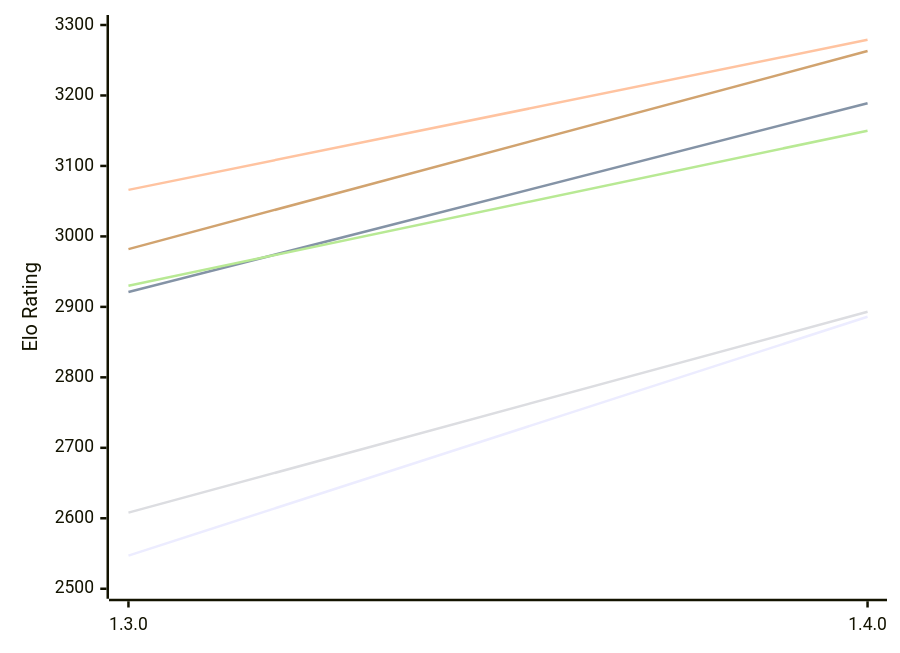
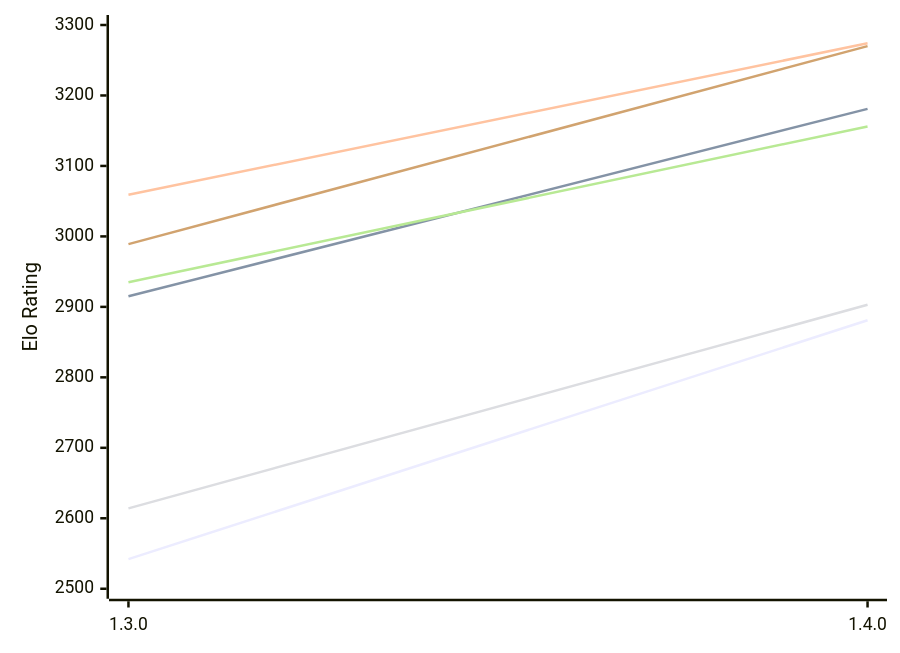
Before and after one commit to computer-chess-index/cci: the first of 2 diagrams in engines/Ember.md, drawn with Mermaid. The commit also changed other lines of this file, not shown here.

Commit message:
Update CCI Ratings (ELO VLTC) - 2026-11-18

````diff
--- a/engines/Ember.md
+++ b/engines/Ember.md
@@ -51,12 +51,12 @@
 ```mermaid
 %%{init: {"theme":"base","themeVariables":{"seriesColors:['#a3a3a3','#222221','#faa371']}}}%%
 xychart-beta
   x-axis ["1.3.0", "1.4.0"]
   y-axis "Elo Rating" 2500 --> 3300
-  line "E1: STC (8.0+0.08s)" [2547, 2886]
-  line "E1: LTC (60.0+0.60s)" [2921, 3189]
-  line "E1: VLTC (2m24s+1.12s)" [3066, 3279]
-  line "P1: STC (8.0+0.08s)" [2608, 2893]
-  line "P1: LTC (60.0+0.60s)" [2930, 3150]
-  line "P1: VLTC (2m24s+1.12s)" [2982, 3263]
+  line "E1: STC (8.0+0.08s)" [2542, 2881]
+  line "E1: LTC (60.0+0.60s)" [2915, 3181]
+  line "E1: VLTC (2m24s+1.12s)" [3059, 3274]
+  line "P1: STC (8.0+0.08s)" [2614, 2903]
+  line "P1: LTC (60.0+0.60s)" [2935, 3156]
+  line "P1: VLTC (2m24s+1.12s)" [2989, 3270]
 ```
````
